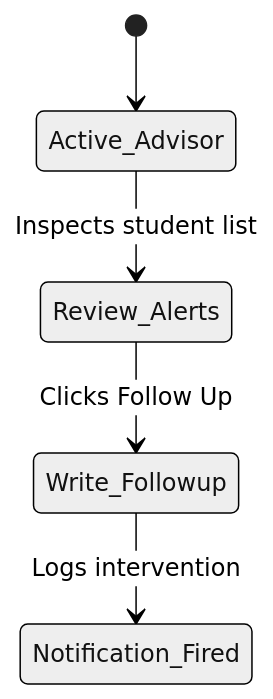
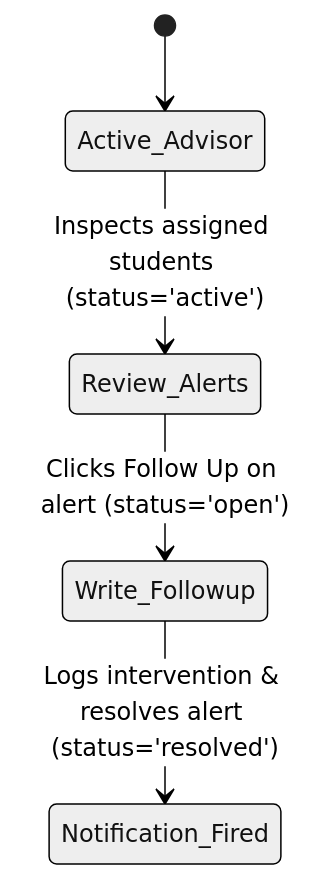
One commit to wingkit123/QuestLearn changed the fifth of 7 diagrams in part-iii/Part III SEF Group Final-template-2610.md. Above: the diagram before and after it, drawn with Mermaid (neutral theme). The commit also changed other lines of this file and 2 other files, not shown here.

Commit message:
docs: holistic consistency audit updates for Admin, Advisor, and Instructor actors

````diff
--- a/part-iii/Part III SEF Group Final-template-2610.md
+++ b/part-iii/Part III SEF Group Final-template-2610.md
@@ -380,7 +444,7 @@
 ```mermaid
 stateDiagram
     [*] --> Active_Advisor
-    Active_Advisor --> Review_Alerts : Inspects student list
-    Review_Alerts --> Write_Followup : Clicks Follow Up
-    Write_Followup --> Notification_Fired : Logs intervention
+    Active_Advisor --> Review_Alerts : Inspects assigned students (status='active')
+    Review_Alerts --> Write_Followup : Clicks Follow Up on alert (status='open')
+    Write_Followup --> Notification_Fired : Logs intervention & resolves alert (status='resolved')
 ```
````
